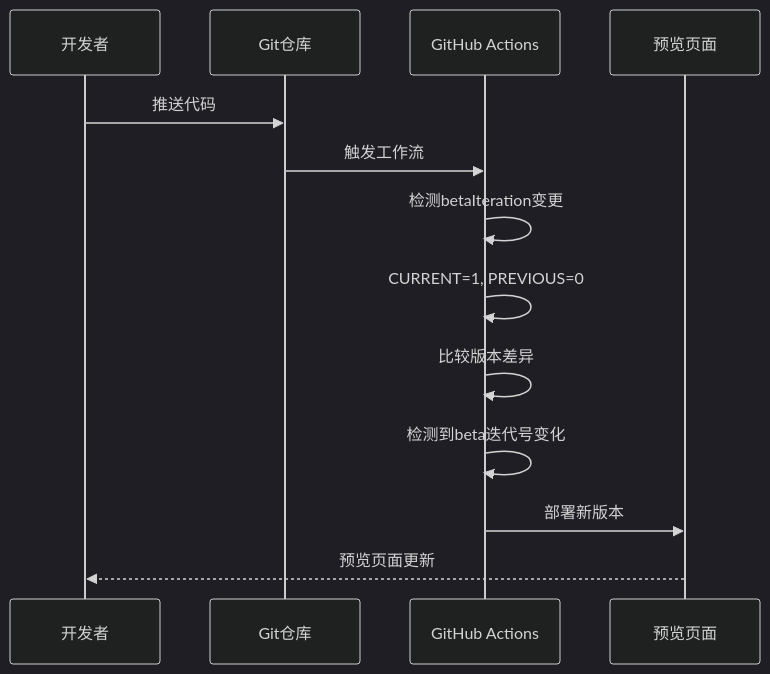
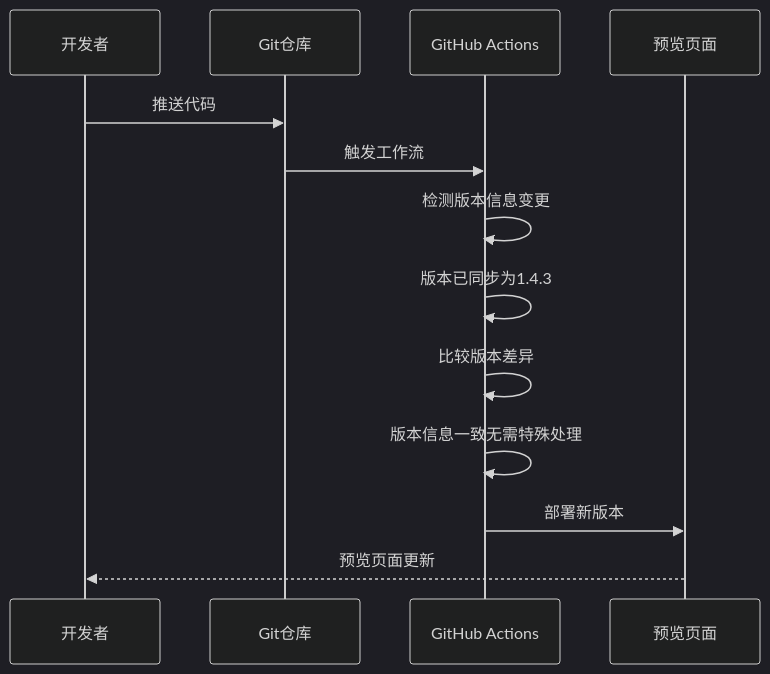
Before and after one commit to kqcoxn/MaaPipelineEditor: diagram 20 of 20 in .qoder/repowiki/zh/content/Config Store/Config Store.md, drawn with Mermaid (dark theme). The commit also changed other lines of this file and 13 other files, not shown here.

````diff
--- a/.qoder/repowiki/zh/content/Config Store/Config Store.md
+++ b/.qoder/repowiki/zh/content/Config Store/Config Store.md
@@ -1051,15 +1105,15 @@
 ```mermaid
 sequenceDiagram
 participant Dev as 开发者
 participant Repo as Git仓库
 participant Actions as GitHub Actions
 participant Preview as 预览页面
 Dev->>Repo : 推送代码
 Repo->>Actions : 触发工作流
-Actions->>Actions : 检测betaIteration变更
-Actions->>Actions : CURRENT=1, PREVIOUS=0
+Actions->>Actions : 检测版本信息变更
+Actions->>Actions : 版本已同步为1.4.3
 Actions->>Actions : 比较版本差异
-Actions->>Actions : 检测到beta迭代号变化
+Actions->>Actions : 版本信息一致无需特殊处理
 Actions->>Preview : 部署新版本
 Preview-->>Dev : 预览页面更新
 ```
````
